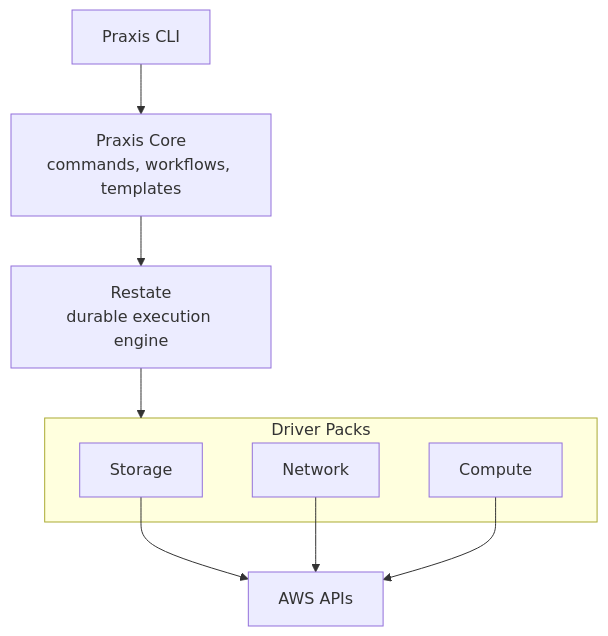
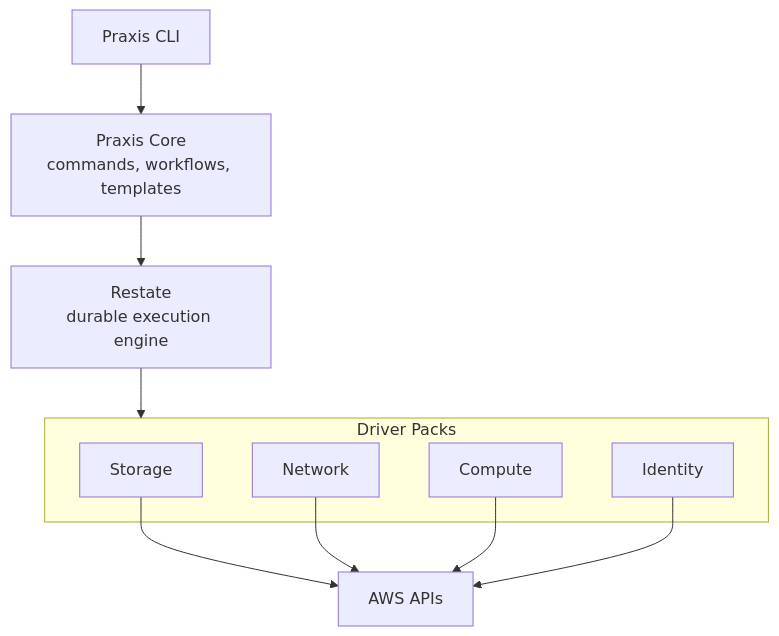
One commit to shirvan/praxis changed the diagram in README.md. Above: the diagram before and after it, drawn with Mermaid. The commit also changed other lines of this file, not shown here.

````diff
--- a/README.md
+++ b/README.md
@@ -15,16 +15,18 @@
 ```mermaid
 graph TD
     CLI["Praxis CLI"] --> Core["Praxis Core<br/>commands, workflows, templates"]
     Core --> Restate["Restate<br/>durable execution engine"]
     Restate --> Drivers
 
     subgraph Drivers["Driver Packs"]
         Storage
         Network
         Compute
+        Identity
     end
 
     Storage --> AWS["AWS APIs"]
     Network --> AWS
     Compute --> AWS
+    Identity --> AWS
 ```
````
